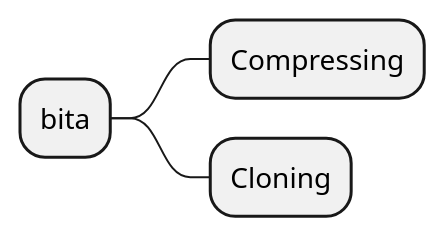
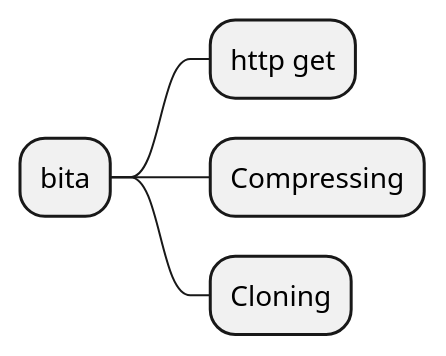
The diagram in puml/ok.puml (softtiny/docs.bita), drawn with PlantUML before and after one commit. The commit also changed 1 other file, not shown here.

```diff
--- a/puml/ok.puml
+++ b/puml/ok.puml
@@ -1,5 +1,6 @@
 @startmindmap
 + bita
+++ http get
 ++ Compressing
 ++ Cloning
 @endmindmap
```
